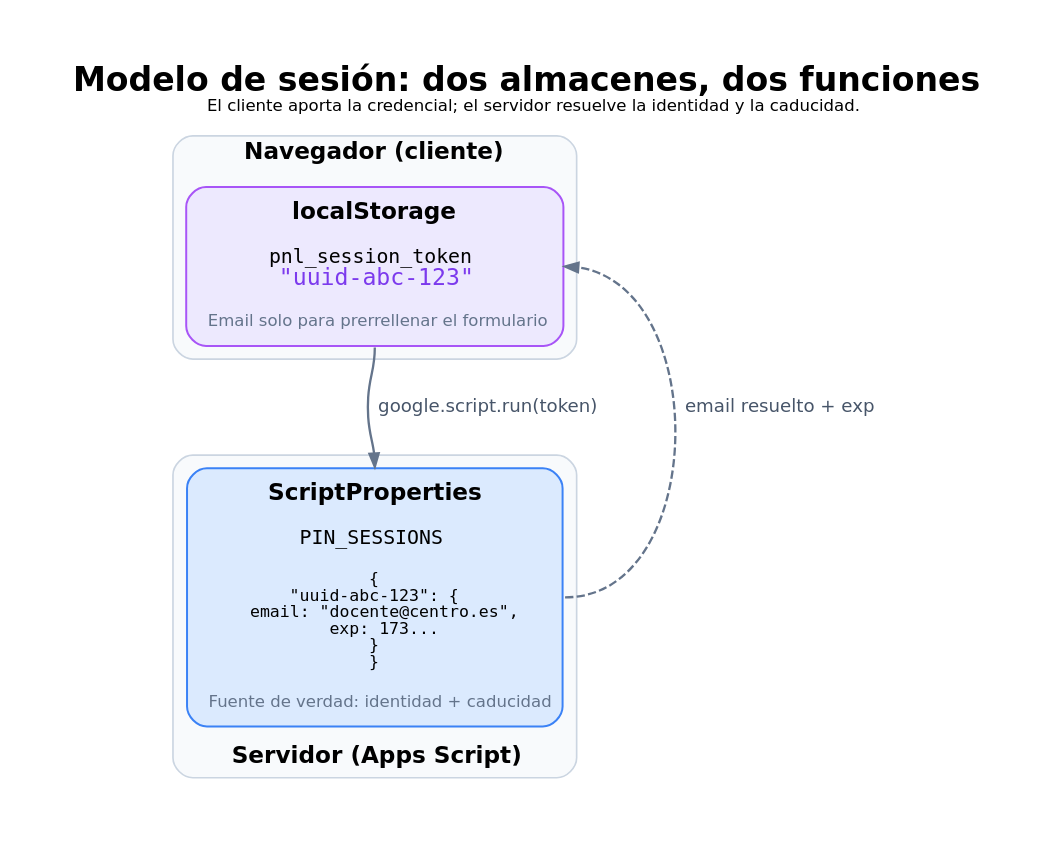
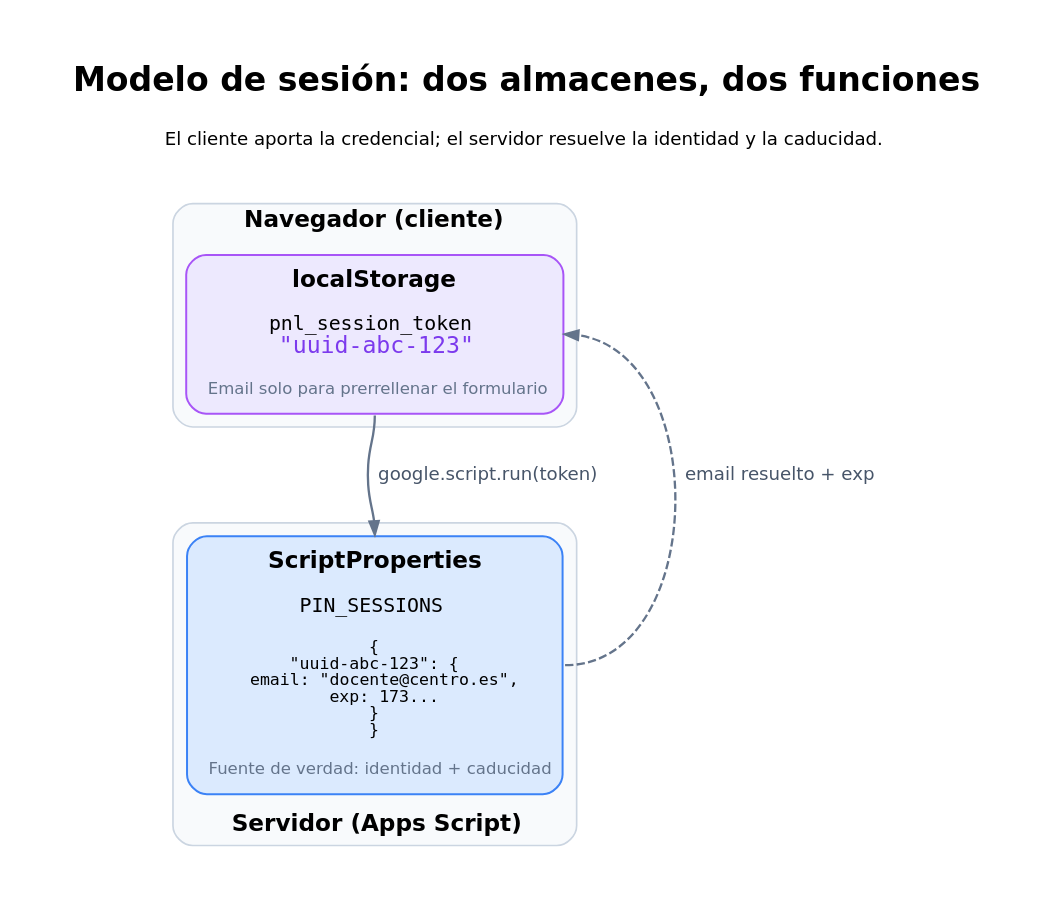
The diagram in docs/images/session-model.dot (pfelipm/panel-dedicacion-no-lectiva), drawn with Graphviz before and after one commit. The commit also changed 5 other files, not shown here.

First line of the commit message:
docs: mejorar contraste y espaciado de banner y diagramas

```diff
--- a/docs/images/session-model.dot
+++ b/docs/images/session-model.dot
@@ -1,60 +1,60 @@
 digraph SessionModel {
   graph [
     rankdir=TB,
     bgcolor="white",
     pad="0.40",
     nodesep="0.50",
     ranksep="0.85",
     fontname="DejaVu Sans",
-    label=<<B>Modelo de sesión: dos almacenes, dos funciones</B><BR/><FONT POINT-SIZE="10">El cliente aporta la credencial; el servidor resuelve la identidad y la caducidad.</FONT>>,
+    label=<<B>Modelo de sesión: dos almacenes, dos funciones</B><BR/><BR/><FONT POINT-SIZE="11">El cliente aporta la credencial; el servidor resuelve la identidad y la caducidad.</FONT><BR/><BR/>>,
     labelloc="t",
     fontsize=20
   ];
 
   node [
     shape=box,
     style="rounded,filled",
     fontname="DejaVu Sans",
     fontsize=14,
     margin="0.18,0.12",
     penwidth=1.2
   ];
 
   edge [
     color="#64748b",
     penwidth=1.4,
     arrowsize=0.8,
     fontname="DejaVu Sans",
     fontsize=11,
     fontcolor="#475569"
   ];
 
   subgraph cluster_client {
     label=<<B>Navegador (cliente)</B>>;
     labelloc="t";
     labeljust="c";
     fontname="DejaVu Sans";
     fontsize=14;
     color="#cbd5e1";
     style="rounded";
     bgcolor="#f8fafc";
 
     local [label=<<B>localStorage</B><BR/><BR/><FONT FACE="DejaVu Sans Mono" POINT-SIZE="12">pnl_session_token</FONT><BR/><FONT FACE="DejaVu Sans Mono" COLOR="#7c3aed" POINT-SIZE="14">"uuid-abc-123"</FONT><BR/><BR/><FONT POINT-SIZE="10" COLOR="#64748b">Email solo para prerrellenar el formulario</FONT>>, fillcolor="#ede9fe", color="#a855f7"];
   }
 
   subgraph cluster_server {
     label=<<B>Servidor (Apps Script)</B>>;
     labelloc="b";
     labeljust="c";
     fontname="DejaVu Sans";
     fontsize=14;
     color="#cbd5e1";
     style="rounded";
     bgcolor="#f8fafc";
 
     props [label=<<B>ScriptProperties</B><BR/><BR/><FONT FACE="DejaVu Sans Mono" POINT-SIZE="12">PIN_SESSIONS</FONT><BR/><BR/><FONT FACE="DejaVu Sans Mono" POINT-SIZE="10">{<BR/>  "uuid-abc-123": {<BR/>    email: "docente@centro.es",<BR/>    exp: 173...<BR/>  }<BR/>}</FONT><BR/><BR/><FONT POINT-SIZE="10" COLOR="#64748b">Fuente de verdad: identidad + caducidad</FONT>>, fillcolor="#dbeafe", color="#3b82f6"];
   }
 
   local:s -> props:n [label="  google.script.run(token)  ", labeljust="l"];
   props:e -> local:e [label="  email resuelto + exp  ", style=dashed, constraint=false, labeljust="r"];
 }
```
